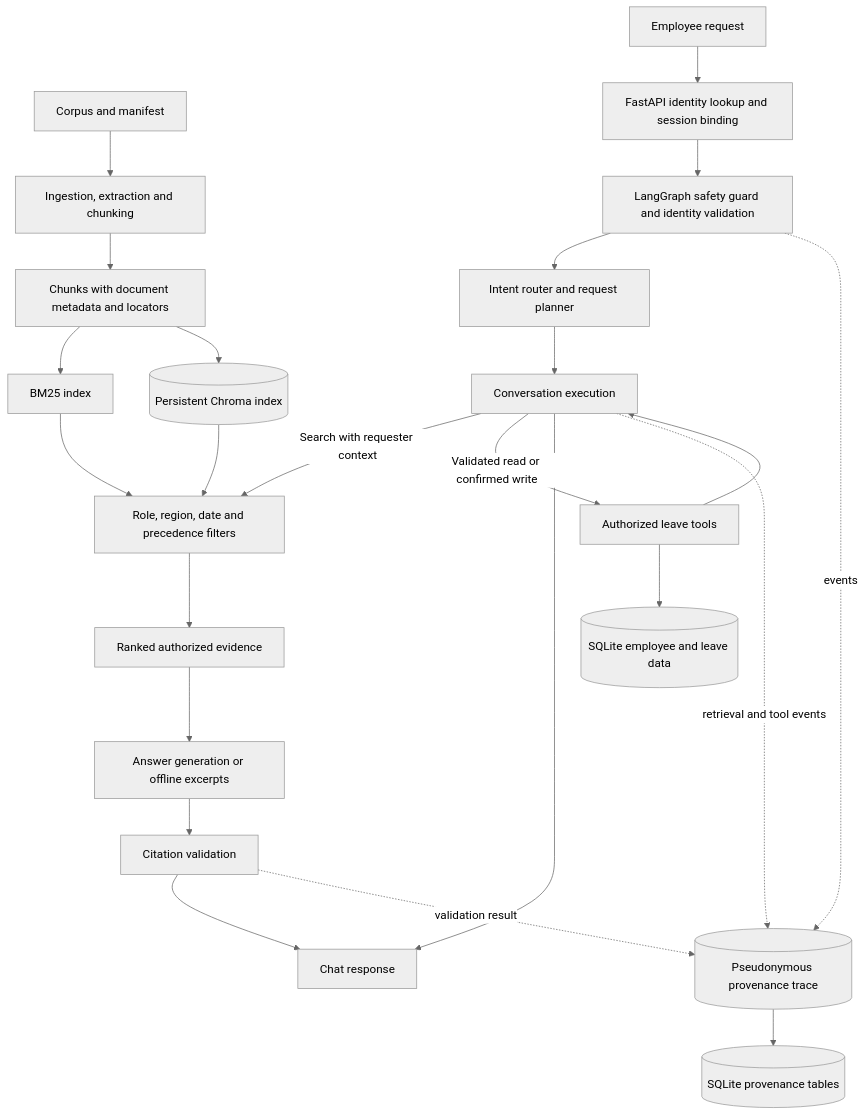
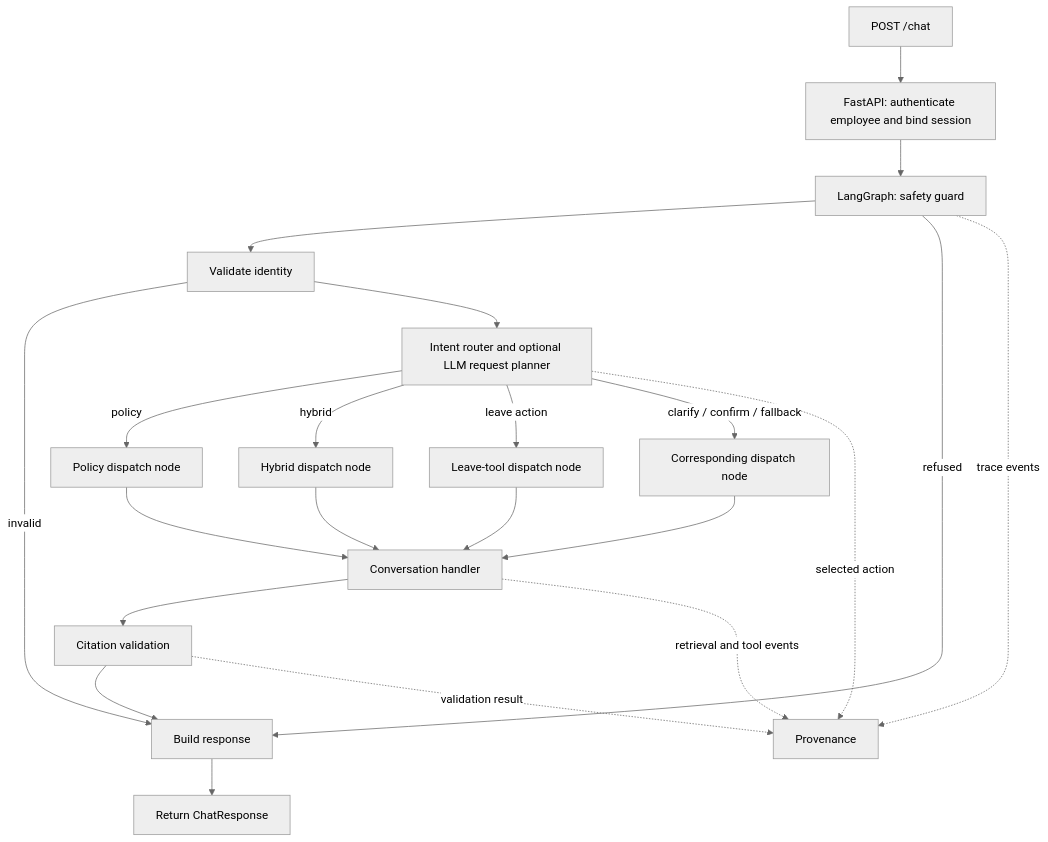
The first of 2 diagrams in README.md (SaikrishAIWizard/HR_Assistant), drawn with Mermaid (neutral theme) before and after one commit. The commit also changed other lines of this file, not shown here.

Commit message:
improved readme

````diff
--- a/README.md
+++ b/README.md
@@ -79,28 +81,24 @@
 ```mermaid
 flowchart TD
-    C[Corpus and manifest] --> I[Ingestion, extraction and chunking]
-    I --> K[Chunks with document metadata and locators]
-    K --> B[BM25 index]
-    K --> V[(Persistent Chroma index)]
-
-    U[Employee request] --> A[FastAPI identity lookup and session binding]
-    A --> G[LangGraph safety guard and identity validation]
-    G --> O[Intent router and request planner]
-    O --> D[Conversation execution]
-    D -->|Search with requester context| F[Role, region, date and precedence filters]
-    B --> F
-    V --> F
-    F --> R[Ranked authorized evidence]
-    R --> L[Answer generation or offline excerpts]
-    L --> CV[Citation validation]
-    CV --> OUT[Chat response]
-    D -->|Validated read or confirmed write| T[Authorized leave tools]
-    T --> DB[(SQLite employee and leave data)]
-    T --> D
-    D --> OUT
-
-    G -. events .-> P[(Pseudonymous provenance trace)]
-    D -. retrieval and tool events .-> P
+    U[POST /chat] --> A[FastAPI: authenticate employee and bind session]
+    A --> G[LangGraph: safety guard]
+    G --> I[Validate identity]
+    G -->|refused| R[Build response]
+    I -->|invalid| R
+    I --> O[Intent router and optional LLM request planner]
+    O -->|policy| PD[Policy dispatch node]
+    O -->|hybrid| HD[Hybrid dispatch node]
+    O -->|leave action| TD[Leave-tool dispatch node]
+    O -->|clarify / confirm / fallback| XD[Corresponding dispatch node]
+    PD --> C[Conversation handler]
+    HD --> C
+    TD --> C
+    XD --> C
+    C --> CV[Citation validation]
+    CV --> R[Build response]
+    R --> END[Return ChatResponse]
+    G -. trace events .-> P[Provenance]
+    O -. selected action .-> P
+    C -. retrieval and tool events .-> P
     CV -. validation result .-> P
-    P --> PS[(SQLite provenance tables)]
 ```
````
